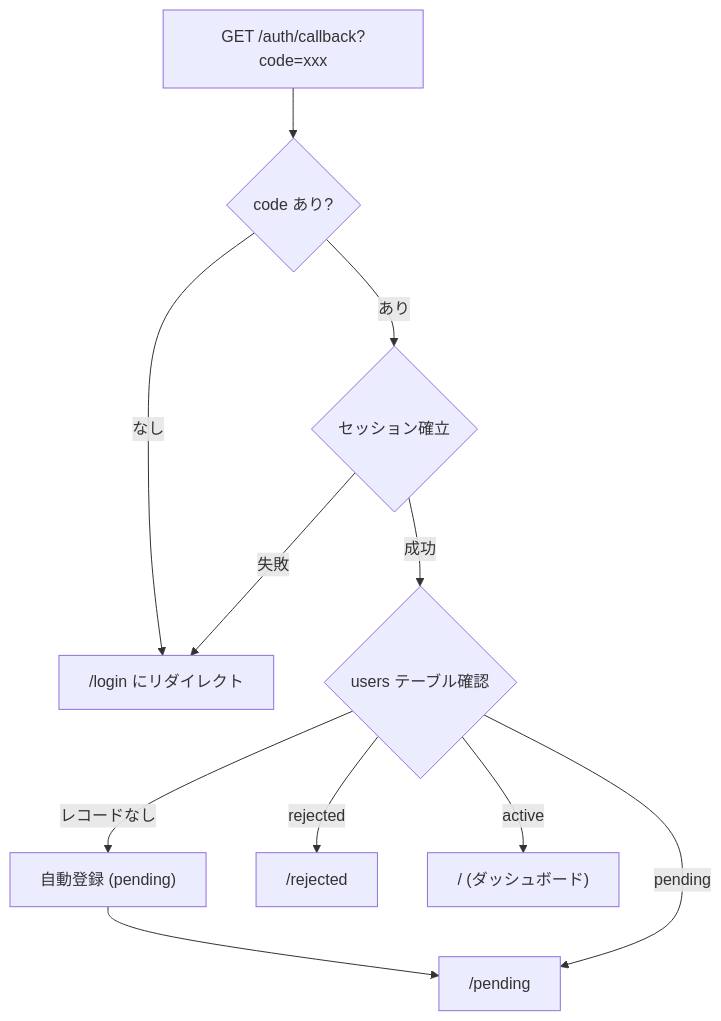
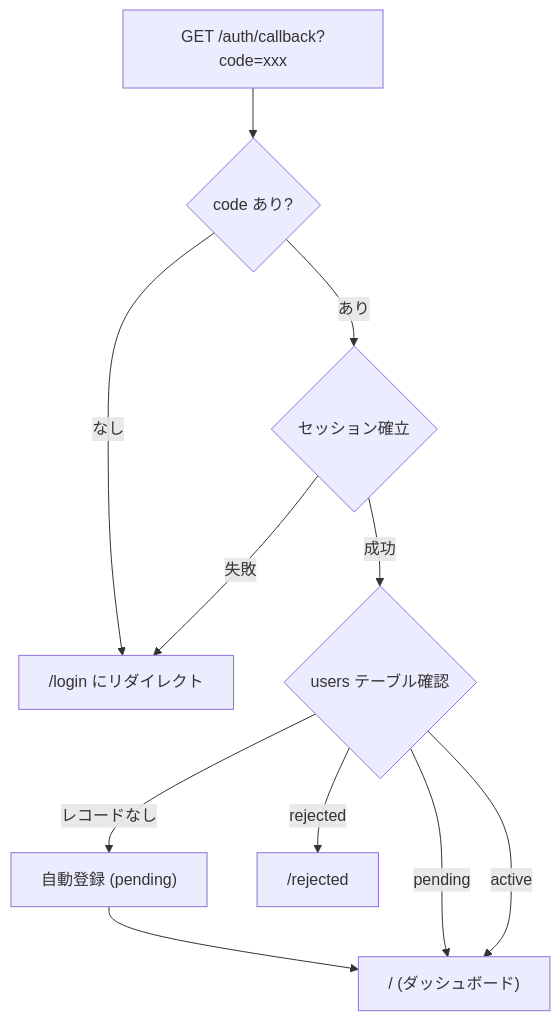
One commit to Singuralitylabs/sinlab-study changed the fourth of 6 diagrams in docs/specification.md. Above: the diagram before and after it, drawn with Mermaid. The commit also changed other lines of this file and 4 other files, not shown here.

````diff
--- a/docs/specification.md
+++ b/docs/specification.md
@@ -113,12 +116,12 @@
 ```mermaid
 flowchart TD
     A["GET /auth/callback?code=xxx"] --> B{code あり?}
     B -->|なし| L["/login にリダイレクト"]
     B -->|あり| C{セッション確立}
     C -->|失敗| L
     C -->|成功| D{users テーブル確認}
-    D -->|レコードなし| R["自動登録 (pending)"] --> P["/pending"]
-    D -->|pending| P
+    D -->|レコードなし| R["自動登録 (pending)"] --> H
+    D -->|pending| H
     D -->|rejected| RE["/rejected"]
     D -->|active| H["/ (ダッシュボード)"]
 ```
````
